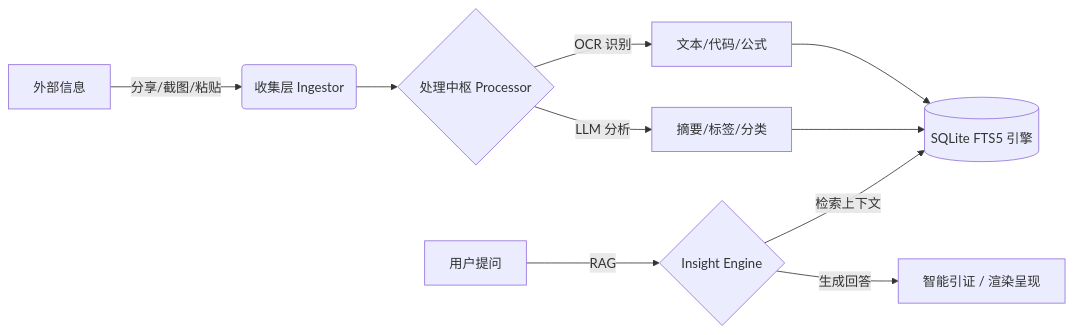
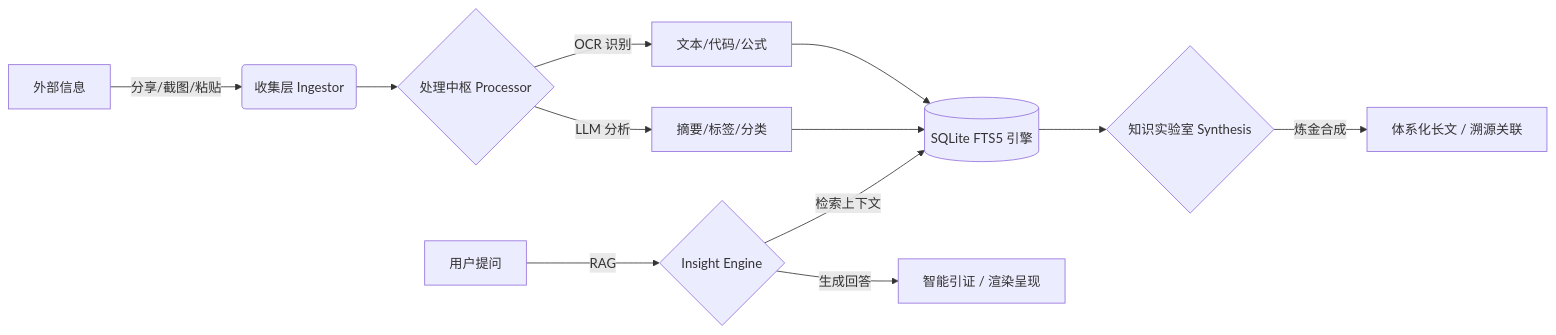
Before and after one commit to snowtraces/note_all: the diagram in readme.md, drawn with Mermaid. The commit also changed other lines of this file and 11 other files, not shown here.

````diff
--- a/readme.md
+++ b/readme.md
@@ -43,11 +43,13 @@
 ```mermaid
 graph LR
     A[外部信息] -->|分享/截图/粘贴| B(收集层 Ingestor)
     B --> C{处理中枢 Processor}
     C -->|OCR 识别| D[文本/代码/公式]
     C -->|LLM 分析| E[摘要/标签/分类]
     D & E --> F[(SQLite FTS5 引擎)]
+    F --> J{知识实验室 Synthesis}
+    J -->|炼金合成| K[体系化长文 / 溯源关联]
     G[用户提问] -->|RAG| H{Insight Engine}
     H -->|检索上下文| F
     H -->|生成回答| I[智能引证 / 渲染呈现]
 ```
````
